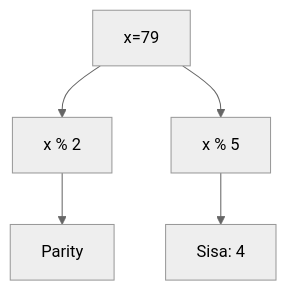
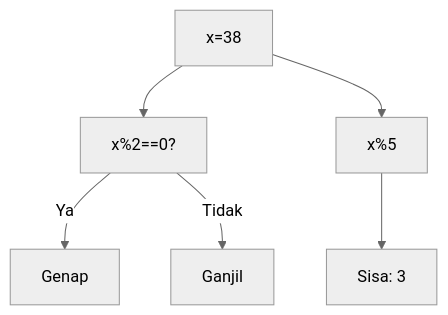
Diagram 20 of 25 in part-c-pemahaman-cpp/05-rekursi/latihan/set-04.md (amnahwaida/OSNK_INF_PREP), drawn with Mermaid (neutral theme) before and after one commit. The commit also changed other lines of this file and 71 other files, not shown here.

Commit message:
Fixed Mermaid syntax lexical errors with quoted labels in 1,800 questions

````diff
--- a/part-c-pemahaman-cpp/05-rekursi/latihan/set-04.md
+++ b/part-c-pemahaman-cpp/05-rekursi/latihan/set-04.md
@@ -586,7 +624,8 @@
 ```mermaid
 graph TD
-A[x=79] --> B[x % 2]
-B --> C[Parity]
-A --> D[x % 5]
-D --> E[Sisa: 4]
+A["x=38"] --> B["x%2==0?"]
+B -- Ya --> C["Genap"]
+B -- Tidak --> D["Ganjil"]
+A --> E["x%5"]
+E --> F["Sisa: 3"]
 ```
````
